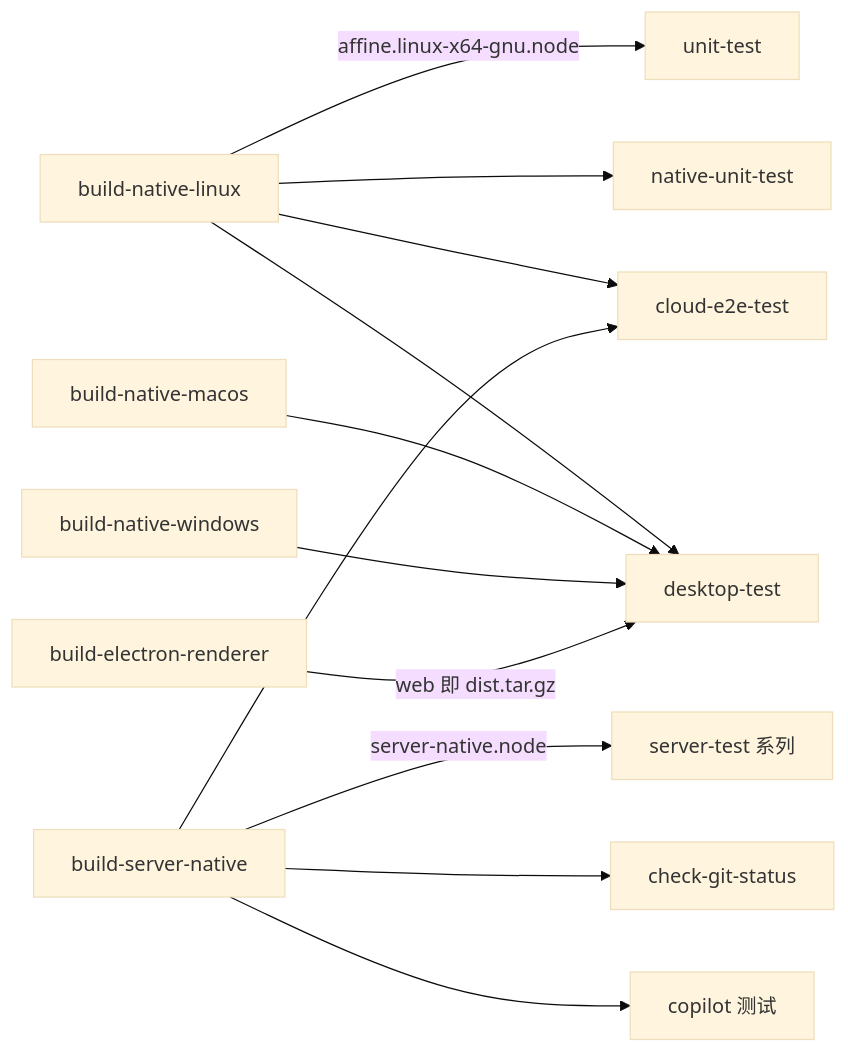
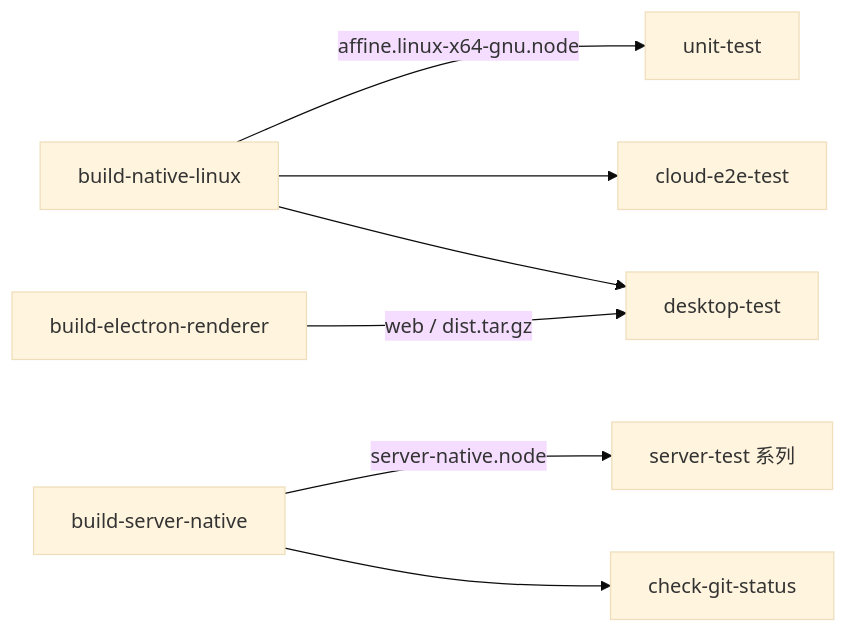
Before and after one commit to lfire/AFFiNE: the fourth of 5 diagrams in learning-guide/slides/decks/26.md, drawn with Mermaid (base theme). The commit also changed other lines of this file and 46 other files, not shown here.

````diff
--- a/learning-guide/slides/decks/26.md
+++ b/learning-guide/slides/decks/26.md
@@ -224,14 +286,9 @@
 ```mermaid
 flowchart LR
   BNL["build-native-linux"] -->|"affine.linux-x64-gnu.node"| UT["unit-test"]
-  BNL --> NUT["native-unit-test"]
   BNL --> CE["cloud-e2e-test"]
   BNL --> DT["desktop-test"]
-  BNM["build-native-macos"] --> DT
-  BNW["build-native-windows"] --> DT
   BSN["build-server-native"] -->|"server-native.node"| ST["server-test 系列"]
   BSN --> CGS["check-git-status"]
-  BSN --> CP[copilot 测试]
-  BSN --> CE
-  BER["build-electron-renderer"] -->|"web 即 dist.tar.gz"| DT
+  BER["build-electron-renderer"] -->|"web / dist.tar.gz"| DT
 ```
````
